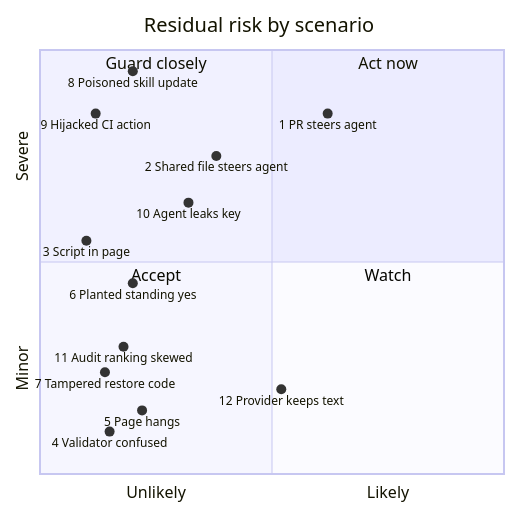
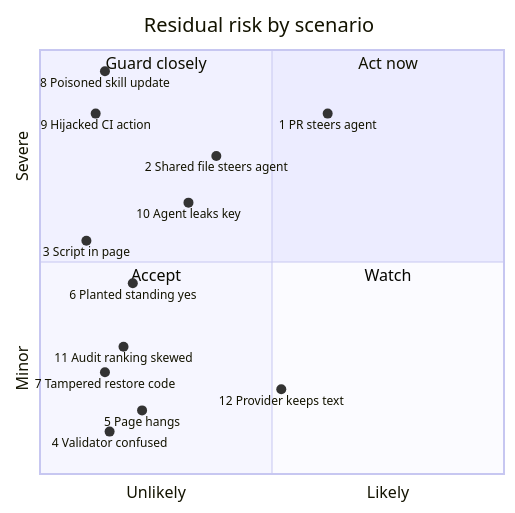
Before and after one commit to mephistopheles4/grimoire: the diagram in docs/security/threat-model.md, drawn with Mermaid. The commit also changed other lines of this file and 1 other file, not shown here.

````diff
--- a/docs/security/threat-model.md
+++ b/docs/security/threat-model.md
@@ -45,22 +45,22 @@
 ```mermaid
 quadrantChart
   title Residual risk by scenario
   x-axis Unlikely --> Likely
   y-axis Minor --> Severe
   quadrant-1 Act now
   quadrant-2 Guard closely
   quadrant-3 Accept
   quadrant-4 Watch
   1 PR steers agent: [0.62, 0.85]
   2 Shared file steers agent: [0.38, 0.75]
   3 Script in page: [0.10, 0.55]
   4 Validator confused: [0.15, 0.10]
   5 Page hangs: [0.22, 0.15]
   6 Planted standing yes: [0.20, 0.45]
   7 Tampered restore code: [0.14, 0.24]
-  8 Poisoned skill update: [0.20, 0.95]
+  8 Poisoned skill update: [0.14, 0.95]
   9 Hijacked CI action: [0.12, 0.85]
   10 Agent leaks key: [0.32, 0.64]
   11 Audit ranking skewed: [0.18, 0.30]
   12 Provider keeps text: [0.52, 0.20]
 ```
````
